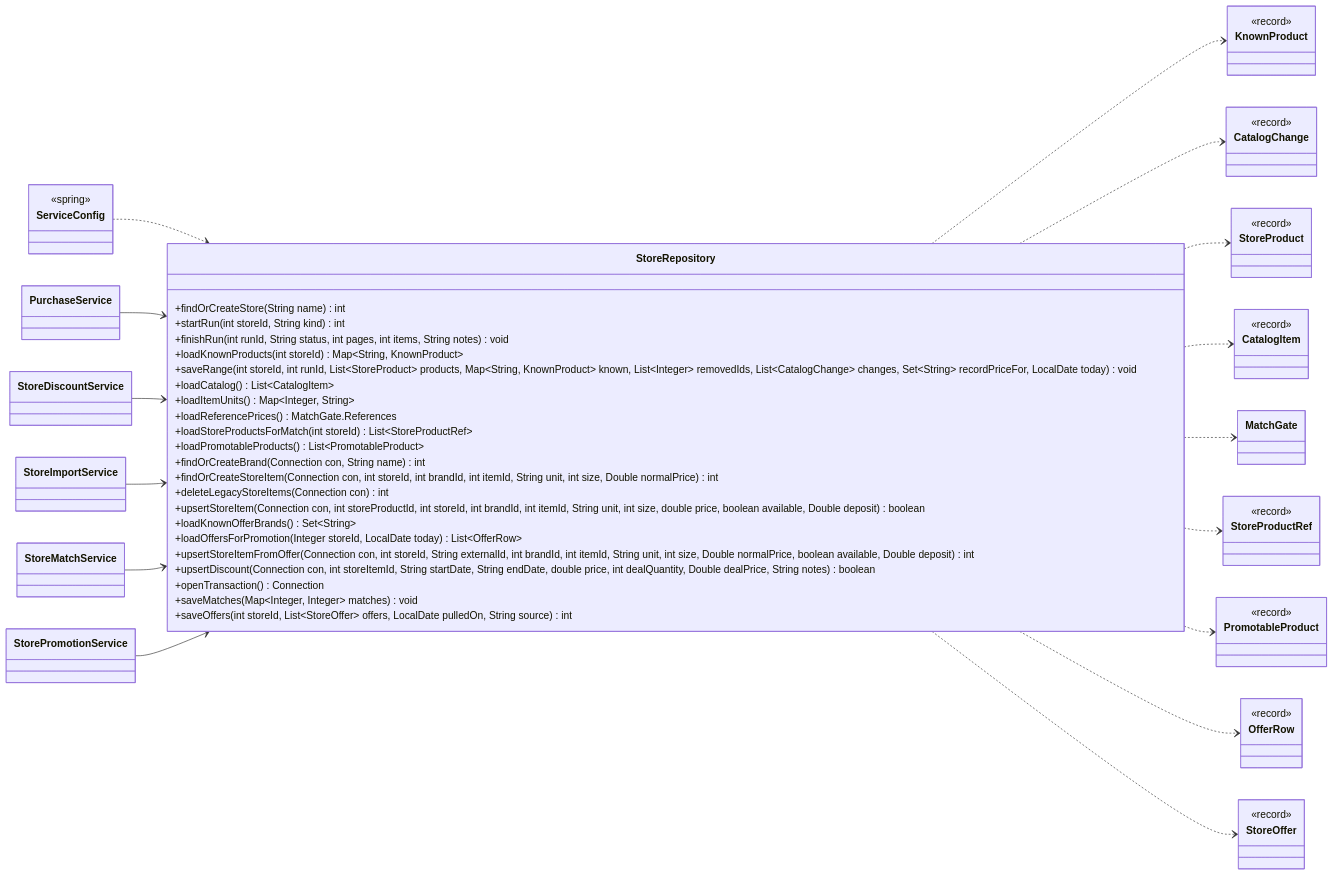
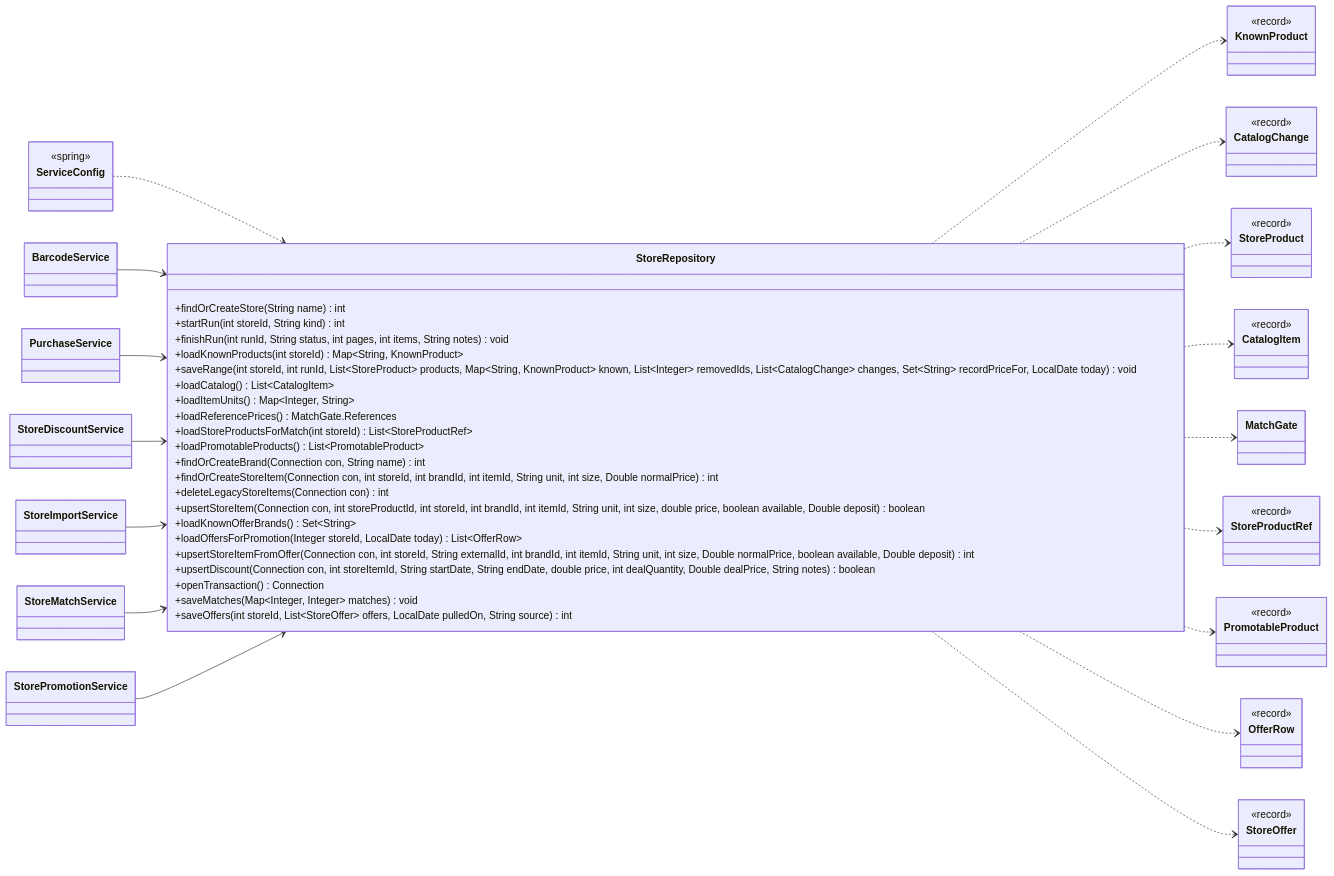
One commit to Nate-ryan-7690/dahaem changed diagram 47 of 48 in docs/classes/stores.md. Above: the diagram before and after it, drawn with Mermaid. The commit also changed other lines of this file and 7 other files, not shown here.

````diff
--- a/docs/classes/stores.md
+++ b/docs/classes/stores.md
@@ -2385,75 +2385,77 @@
 ```mermaid
 classDiagram
     direction LR
     class stores_StoreRepository["StoreRepository"] {
         +findOrCreateStore(String name) int
         +startRun(int storeId, String kind) int
         +finishRun(int runId, String status, int pages, int items, String notes) void
         +loadKnownProducts(int storeId) Map~String, KnownProduct~
         +saveRange(int storeId, int runId, List~StoreProduct~ products, Map~String, KnownProduct~ known, List~Integer~ removedIds, List~CatalogChange~ changes, Set~String~ recordPriceFor, LocalDate today) void
         +loadCatalog() List~CatalogItem~
         +loadItemUnits() Map~Integer, String~
         +loadReferencePrices() MatchGate.References
         +loadStoreProductsForMatch(int storeId) List~StoreProductRef~
         +loadPromotableProducts() List~PromotableProduct~
         +findOrCreateBrand(Connection con, String name) int
         +findOrCreateStoreItem(Connection con, int storeId, int brandId, int itemId, String unit, int size, Double normalPrice) int
         +deleteLegacyStoreItems(Connection con) int
         +upsertStoreItem(Connection con, int storeProductId, int storeId, int brandId, int itemId, String unit, int size, double price, boolean available, Double deposit) boolean
         +loadKnownOfferBrands() Set~String~
         +loadOffersForPromotion(Integer storeId, LocalDate today) List~OfferRow~
         +upsertStoreItemFromOffer(Connection con, int storeId, String externalId, int brandId, int itemId, String unit, int size, Double normalPrice, boolean available, Double deposit) int
         +upsertDiscount(Connection con, int storeItemId, String startDate, String endDate, double price, int dealQuantity, Double dealPrice, String notes) boolean
         +openTransaction() Connection
         +saveMatches(Map~Integer, Integer~ matches) void
         +saveOffers(int storeId, List~StoreOffer~ offers, LocalDate pulledOn, String source) int
     }
+    class barcode_BarcodeService["BarcodeService"]
     class finance_PurchaseService["PurchaseService"]
     class stores_StoreDiscountService["StoreDiscountService"]
     class stores_StoreImportService["StoreImportService"]
     class stores_StoreMatchService["StoreMatchService"]
     class stores_StorePromotionService["StorePromotionService"]
     class stores_KnownProduct["KnownProduct"] {
         <<record>>
     }
     class stores_CatalogChange["CatalogChange"] {
         <<record>>
     }
     class stores_StoreProduct["StoreProduct"] {
         <<record>>
     }
     class stores_CatalogItem["CatalogItem"] {
         <<record>>
     }
     class stores_MatchGate["MatchGate"]
     class stores_StoreProductRef["StoreProductRef"] {
         <<record>>
     }
     class stores_PromotableProduct["PromotableProduct"] {
         <<record>>
     }
     class stores_OfferRow["OfferRow"] {
         <<record>>
     }
     class stores_StoreOffer["StoreOffer"] {
         <<record>>
     }
     class api_ServiceConfig["ServiceConfig"] {
         <<spring>>
     }
     stores_StoreRepository ..> stores_KnownProduct
     stores_StoreRepository ..> stores_CatalogChange
     stores_StoreRepository ..> stores_StoreProduct
     stores_StoreRepository ..> stores_CatalogItem
     stores_StoreRepository ..> stores_MatchGate
     stores_StoreRepository ..> stores_StoreProductRef
     stores_StoreRepository ..> stores_PromotableProduct
     stores_StoreRepository ..> stores_OfferRow
     stores_StoreRepository ..> stores_StoreOffer
     api_ServiceConfig ..> stores_StoreRepository
+    barcode_BarcodeService --> stores_StoreRepository
     finance_PurchaseService --> stores_StoreRepository
     stores_StoreDiscountService --> stores_StoreRepository
     stores_StoreImportService --> stores_StoreRepository
     stores_StoreMatchService --> stores_StoreRepository
     stores_StorePromotionService --> stores_StoreRepository
 ```
````
